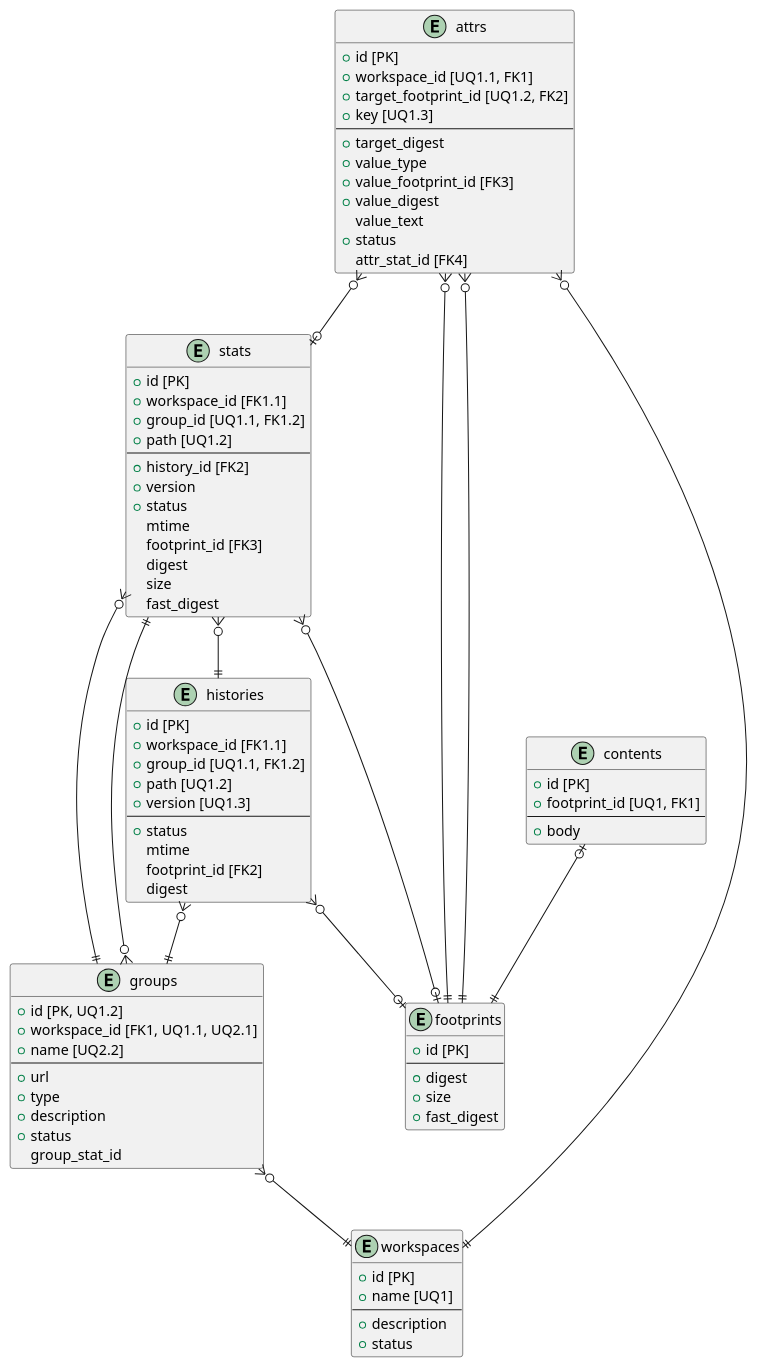
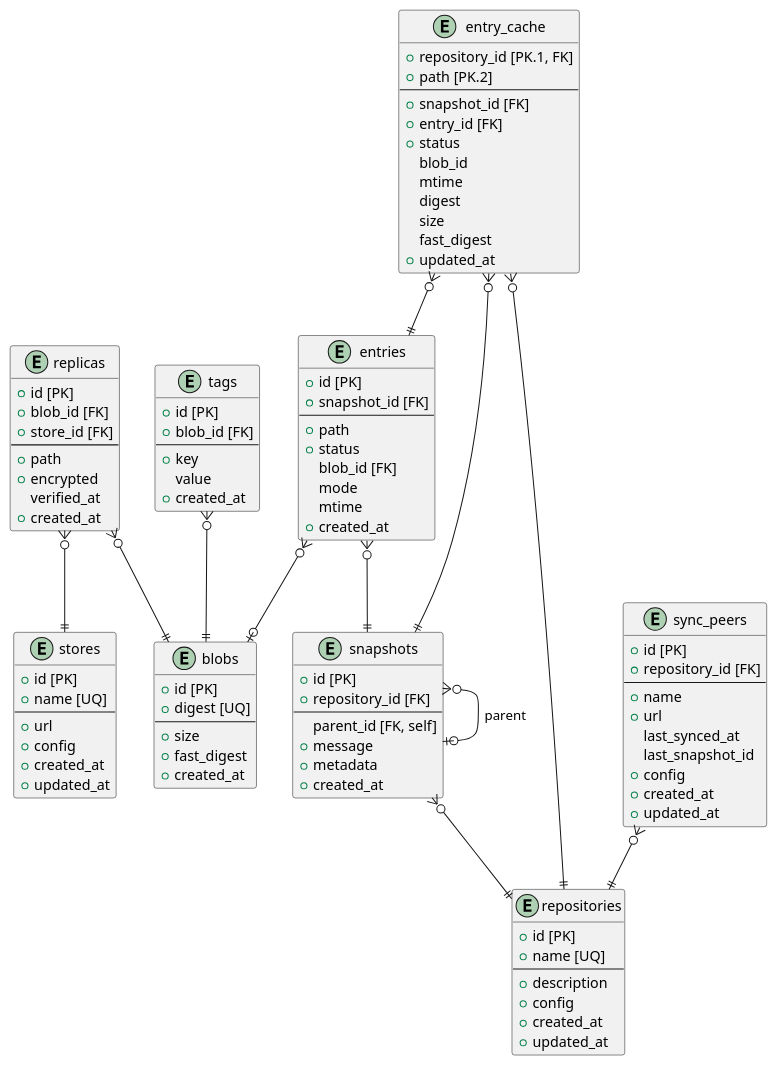
One commit to taskie/tome changed the diagram in docs/er.puml. Above: the diagram before and after it, drawn with PlantUML. The commit also changed 11 other files, not shown here.

First line of the commit message:
feat(tome-cli): add snapshot message annotation and tome.toml config file

```diff
--- a/docs/er.puml
+++ b/docs/er.puml
@@ -1,100 +1,119 @@
 @startuml er_puml
 
-entity footprints {
+entity repositories {
     + id [PK]
+    + name [UQ]
     --
-    + digest
+    + description
+    + config
+    + created_at
+    + updated_at
+}
+
+entity snapshots {
+    + id [PK]
+    + repository_id [FK]
+    --
+      parent_id [FK, self]
+    + message
+    + metadata
+    + created_at
+}
+
+snapshots }o--|| repositories
+snapshots }o--o| snapshots : parent
+
+entity blobs {
+    + id [PK]
+    + digest [UQ]
+    --
     + size
     + fast_digest
+    + created_at
 }
 
-entity contents {
+entity entries {
     + id [PK]
-    + footprint_id [UQ1, FK1]
+    + snapshot_id [FK]
     --
-    + body
+    + path
+    + status
+      blob_id [FK]
+      mode
+      mtime
+    + created_at
 }
 
-contents |o--|| footprints
+entries }o--|| snapshots
+entries }o--o| blobs
 
-entity workspaces {
-    + id [PK]
-    + name [UQ1]
+entity entry_cache {
+    + repository_id [PK.1, FK]
+    + path [PK.2]
     --
-    + description
+    + snapshot_id [FK]
+    + entry_id [FK]
     + status
-}
-
-entity groups {
-    + id [PK, UQ1.2]
-    + workspace_id [FK1, UQ1.1, UQ2.1]
-    + name [UQ2.2]
-    --
-    + url
-    + type
-    + description
-    + status
-      group_stat_id
-}
-
-groups }o--|| workspaces
-
-entity histories {
-    + id [PK]
-    + workspace_id [FK1.1]
-    + group_id [UQ1.1, FK1.2]
-    + path [UQ1.2]
-    + version [UQ1.3]
-    --
-    + status
+      blob_id
       mtime
-      footprint_id [FK2]
-      digest
-}
-
-histories }o--|| groups
-histories }o--o| footprints
-
-entity stats {
-    + id [PK]
-    + workspace_id [FK1.1]
-    + group_id [UQ1.1, FK1.2]
-    + path [UQ1.2]
-    --
-    + history_id [FK2]
-    + version
-    + status
-      mtime
-      footprint_id [FK3]
       digest
       size
       fast_digest
+    + updated_at
 }
 
-stats }o--|| groups
-stats }o--|| histories
-stats }o--o| footprints
+entry_cache }o--|| repositories
+entry_cache }o--|| snapshots
+entry_cache }o--|| entries
 
-groups }o-ri-|| stats
-
-entity attrs {
+entity stores {
     + id [PK]
-    + workspace_id [UQ1.1, FK1]
-    + target_footprint_id [UQ1.2, FK2]
-    + key [UQ1.3]
+    + name [UQ]
     --
-    + target_digest
-    + value_type
-    + value_footprint_id [FK3]
-    + value_digest
-      value_text
-    + status
-      attr_stat_id [FK4]
+    + url
+    + config
+    + created_at
+    + updated_at
 }
 
-attrs }o--|| workspaces
-attrs }o--|| footprints
-attrs }o--|| footprints
-attrs }o--o| stats
+entity replicas {
+    + id [PK]
+    + blob_id [FK]
+    + store_id [FK]
+    --
+    + path
+    + encrypted
+      verified_at
+    + created_at
+}
+
+replicas }o--|| blobs
+replicas }o--|| stores
+
+entity tags {
+    + id [PK]
+    + blob_id [FK]
+    --
+    + key
+      value
+    + created_at
+}
+
+tags }o--|| blobs
+
+entity sync_peers {
+    + id [PK]
+    + repository_id [FK]
+    --
+    + name
+    + url
+      last_synced_at
+      last_snapshot_id
+    + config
+    + created_at
+    + updated_at
+}
+
+sync_peers }o--|| repositories
 
 @enduml
```
